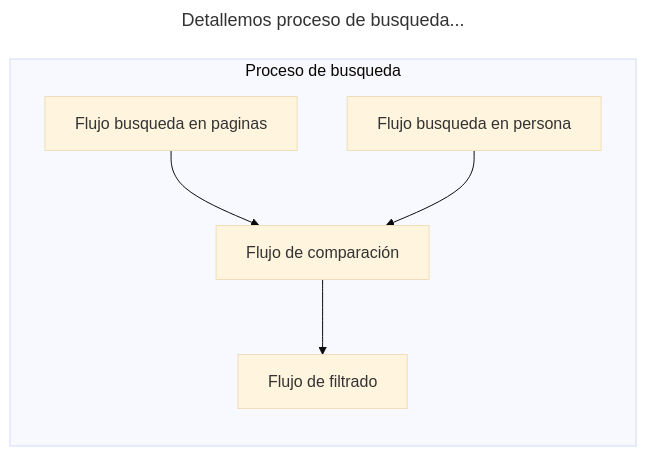
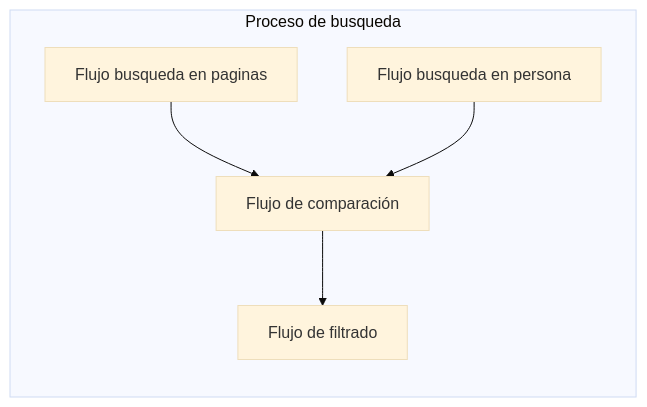
The second of 3 diagrams in docs/es/products/glossary.md (vslices/docs), drawn with Mermaid (base theme) before and after one commit. The commit also changed other lines of this file and 15 other files, not shown here.

````diff
--- a/docs/es/products/glossary.md
+++ b/docs/es/products/glossary.md
@@ -109,18 +110,15 @@
 ```mermaid
----
-title: Detallemos proceso de busqueda...
----
 flowchart LR
   subgraph WorkProcessDetail1_1[Proceso de busqueda]
     WorkFlow1_1_1_1[Flujo busqueda en paginas]
     WorkFlow1_1_1_2[Flujo busqueda en persona]
 
     WorkFlow1_1_2[Flujo de comparación]
 
     WorkFlow1_1_3[Flujo de filtrado]
 
     WorkFlow1_1_1_1 & WorkFlow1_1_1_2 --> WorkFlow1_1_2
     WorkFlow1_1_2 --> WorkFlow1_1_3
 
   end
 ```
````
